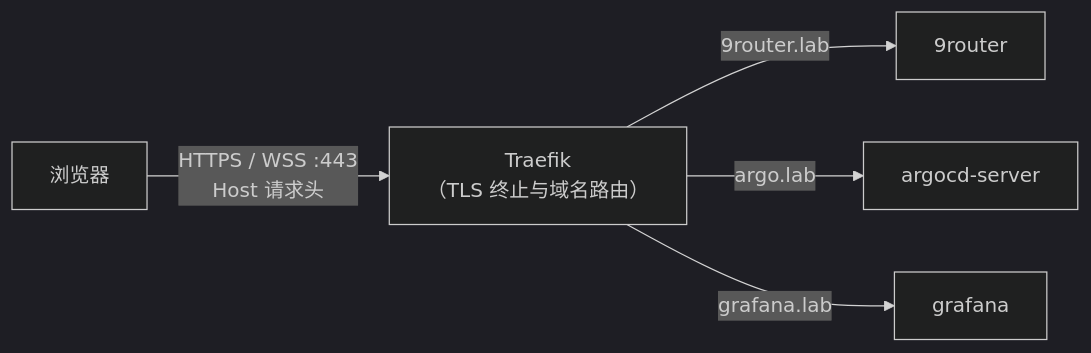
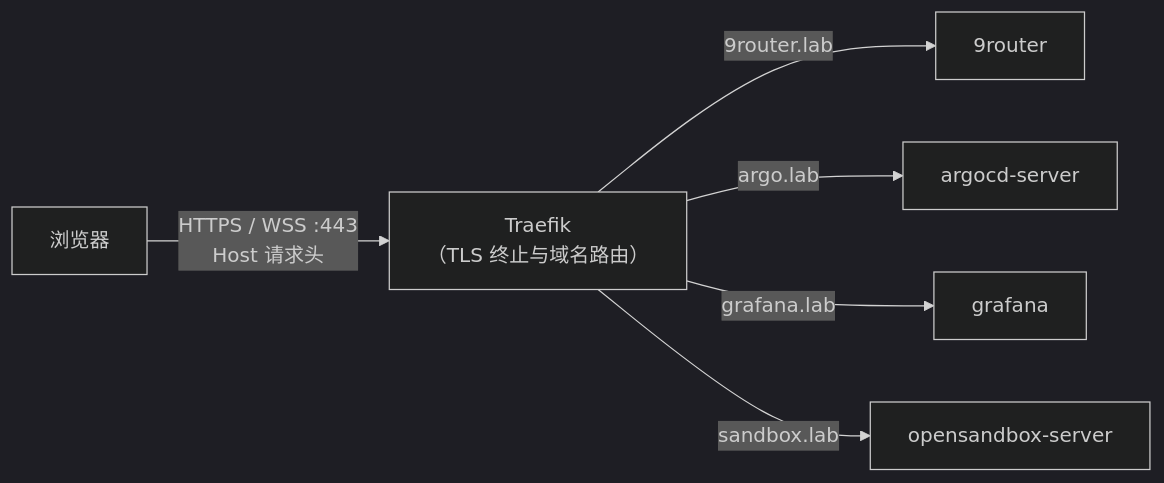
The third of 4 diagrams in docs/architecture/overview.md (geffzhang/cloudhomelab), drawn with Mermaid (dark theme) before and after one commit. The commit also changed other lines of this file and 10 other files, not shown here.

````diff
--- a/docs/architecture/overview.md
+++ b/docs/architecture/overview.md
@@ -78,10 +83,11 @@
 ```mermaid
 flowchart LR
     User["浏览器"]
 
     User -- "HTTPS / WSS :443<br/>Host 请求头" --> Traefik["Traefik<br/>（TLS 终止与域名路由）"]
 
     Traefik -- "9router.lab" --> R9C["9router"]
     Traefik -- "argo.lab" --> Argo["argocd-server"]
     Traefik -- "grafana.lab" --> Graf["grafana"]
+    Traefik -- "sandbox.lab" --> Sandbox["opensandbox-server"]
 ```
````
